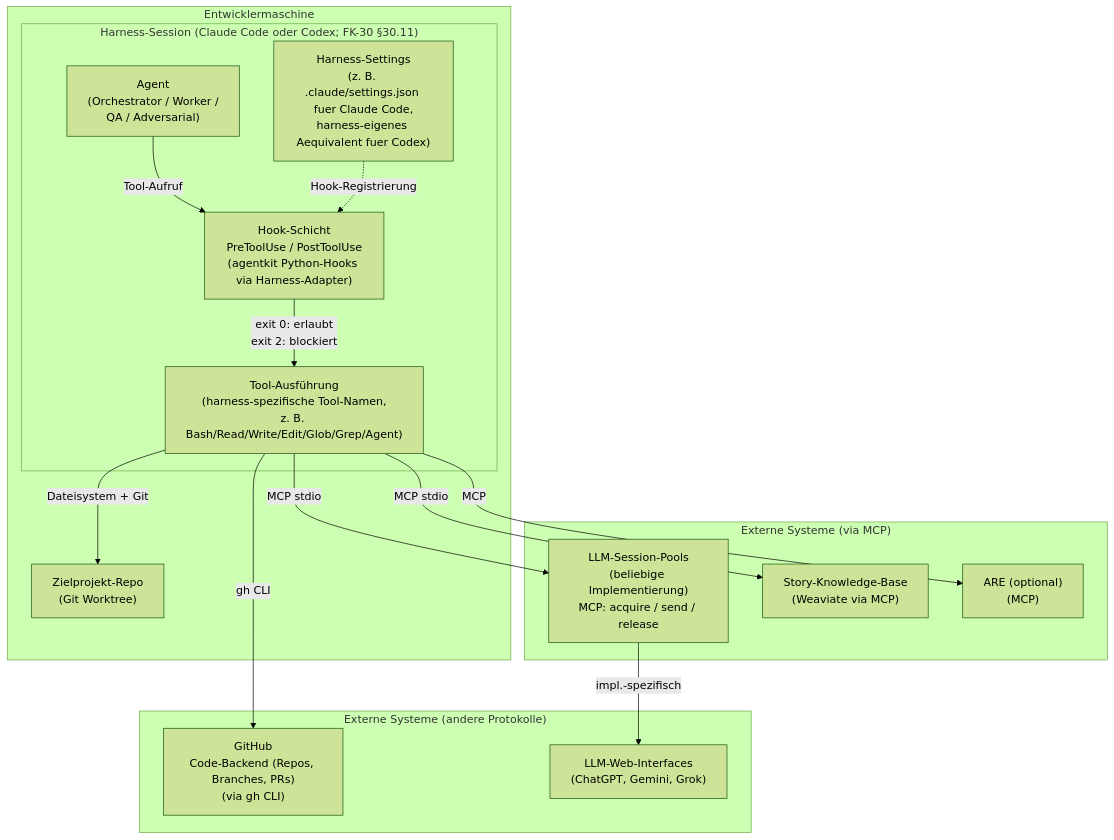
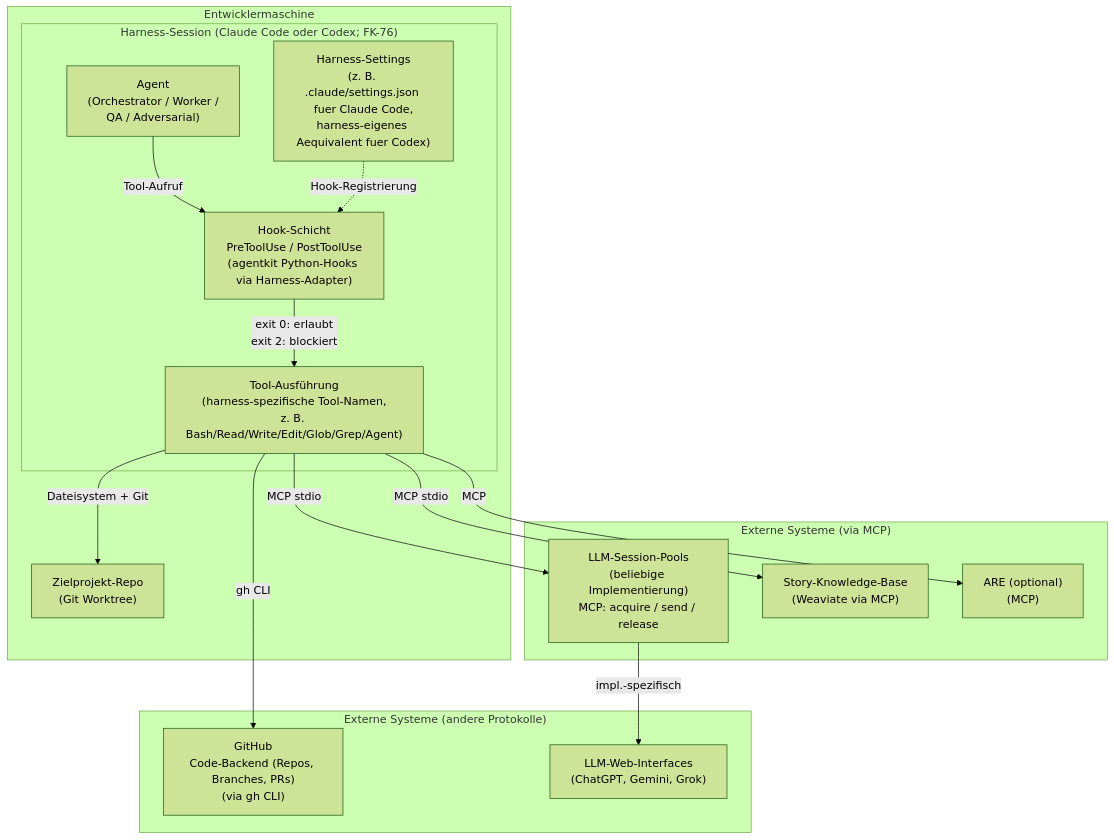
Before and after one commit to saltenhof/claude-agentkit3: the first of 4 diagrams in concept/technical-design/01_systemkontext_und_architekturprinzipien.md, drawn with Mermaid (forest theme). The commit also changed other lines of this file and 38 other files, not shown here.

````diff
--- a/concept/technical-design/01_systemkontext_und_architekturprinzipien.md
+++ b/concept/technical-design/01_systemkontext_und_architekturprinzipien.md
@@ -54,36 +54,36 @@
 ```mermaid
 graph TB
     subgraph DEV["Entwicklermaschine"]
 
-        subgraph CC["Harness-Session (Claude Code oder Codex; FK-30 §30.11)"]
+        subgraph CC["Harness-Session (Claude Code oder Codex; FK-76)"]
             AGENT["Agent<br/>(Orchestrator / Worker /<br/>QA / Adversarial)"]
             HOOKS["Hook-Schicht<br/>PreToolUse / PostToolUse<br/>(agentkit Python-Hooks via Harness-Adapter)"]
             TOOLS["Tool-Ausführung<br/>(harness-spezifische Tool-Namen,<br/>z. B. Bash/Read/Write/Edit/Glob/Grep/Agent)"]
             SETTINGS["Harness-Settings<br/>(z. B. .claude/settings.json fuer Claude Code,<br/>harness-eigenes Aequivalent fuer Codex)"]
 
             AGENT -->|"Tool-Aufruf"| HOOKS
             HOOKS -->|"exit 0: erlaubt<br/>exit 2: blockiert"| TOOLS
             SETTINGS -.->|"Hook-Registrierung"| HOOKS
         end
 
         REPO["Zielprojekt-Repo<br/>(Git Worktree)"]
         TOOLS -->|"Dateisystem + Git"| REPO
     end
 
     subgraph EXTERN_MCP["Externe Systeme (via MCP)"]
         LLM_POOLS["LLM-Session-Pools<br/>(beliebige Implementierung)<br/>MCP: acquire / send / release"]
         VEKTORDB["Story-Knowledge-Base<br/>(Weaviate via MCP)"]
         ARE["ARE (optional)<br/>(MCP)"]
     end
 
     subgraph EXTERN_OTHER["Externe Systeme (andere Protokolle)"]
         GITHUB["GitHub<br/>Code-Backend (Repos, Branches, PRs)<br/>(via gh CLI)"]
         LLM_WEB["LLM-Web-Interfaces<br/>(ChatGPT, Gemini, Grok)"]
     end
 
     TOOLS -->|"MCP stdio"| LLM_POOLS
     TOOLS -->|"MCP stdio"| VEKTORDB
     TOOLS -->|"MCP"| ARE
     TOOLS -->|"gh CLI"| GITHUB
     LLM_POOLS -->|"impl.-spezifisch"| LLM_WEB
 ```
````
